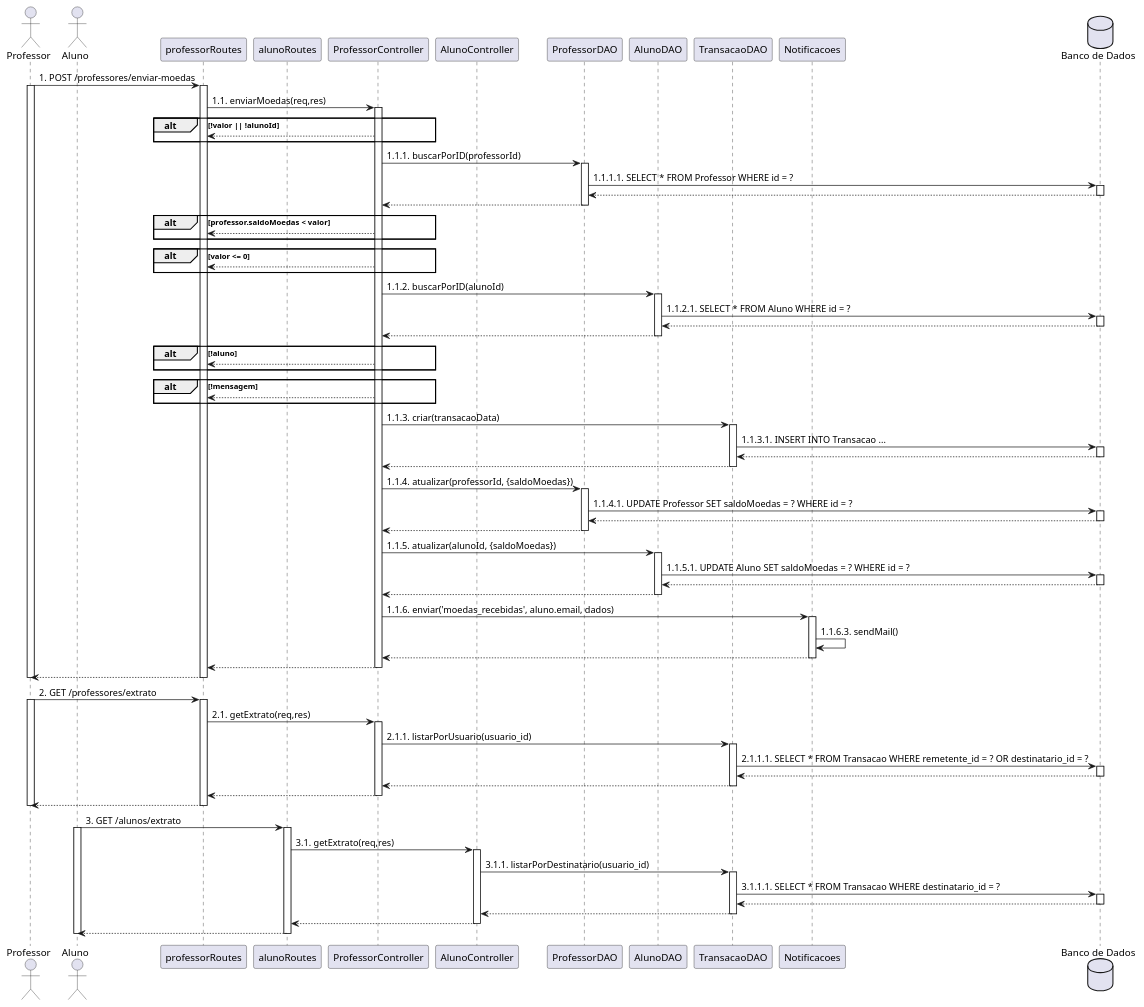
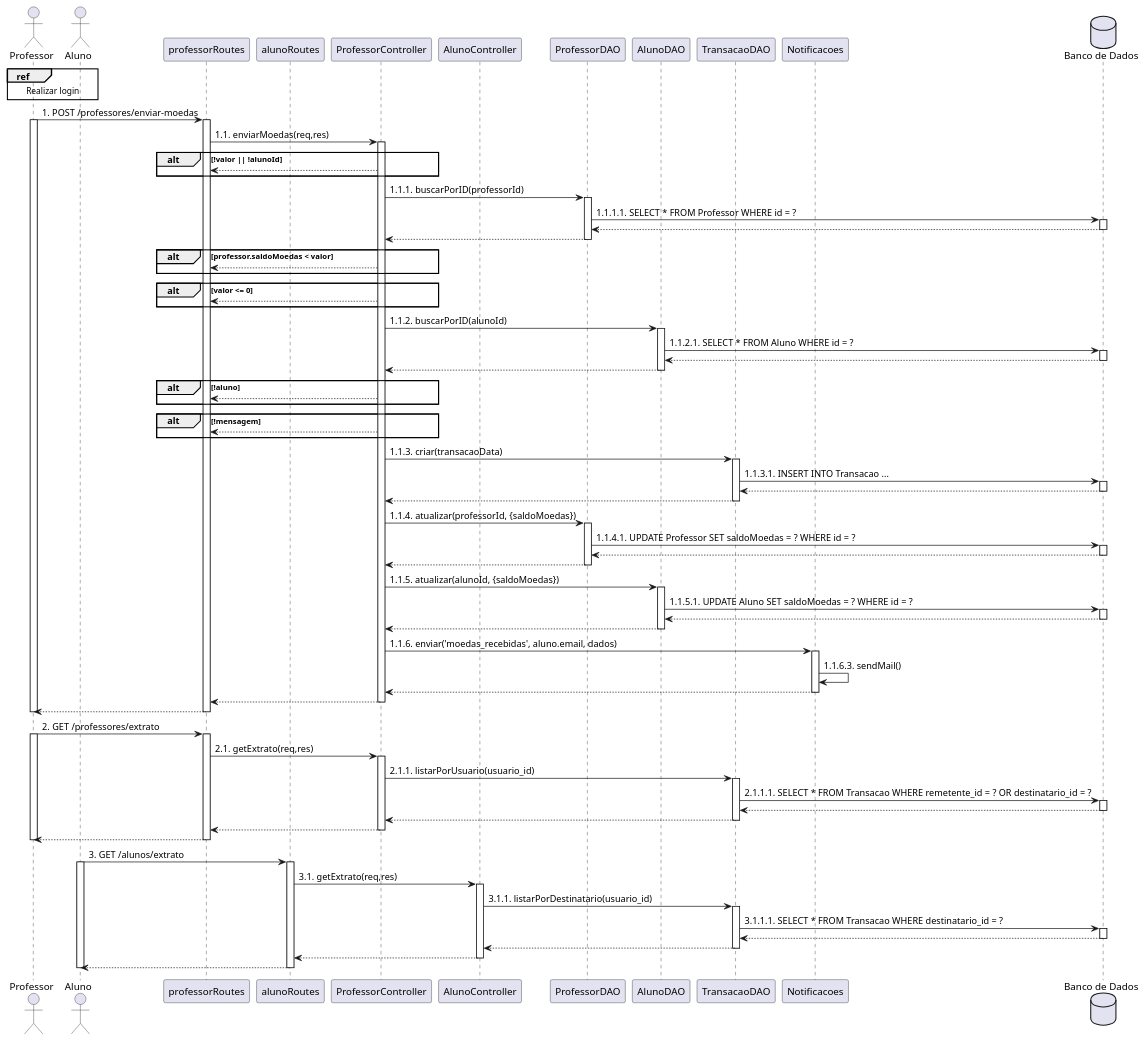
One commit to iannovais/lds-moeda changed the diagram in project/code/sequencediagramenvio_extrato.plantuml. Above: the diagram before and after it, drawn with PlantUML. The commit also changed 3 other files, not shown here.

```diff
--- a/project/code/sequencediagramenvio_extrato.plantuml
+++ b/project/code/sequencediagramenvio_extrato.plantuml
@@ -1,142 +1,144 @@
 @startuml
 
 actor "Professor" as professor
 actor "Aluno" as aluno
 participant "professorRoutes" as prof_rota
 participant "alunoRoutes" as aluno_rota
 participant "ProfessorController" as prof_controller
 participant "AlunoController" as aluno_controller
 participant "ProfessorDAO" as prof_dao
 participant "AlunoDAO" as aluno_dao
 participant "TransacaoDAO" as transacao_dao
 participant "Notificacoes" as notificacoes
 database "Banco de Dados" as bd
+
+ref over professor, aluno : Realizar login
 
 professor -> prof_rota : 1. POST /professores/enviar-moedas
 activate professor
 activate prof_rota
 
 prof_rota -> prof_controller : 1.1. enviarMoedas(req,res)
 activate prof_controller
 
 alt !valor || !alunoId
     prof_controller --> prof_rota
 end
 
 prof_controller -> prof_dao : 1.1.1. buscarPorID(professorId)
 activate prof_dao
     prof_dao -> bd : 1.1.1.1. SELECT * FROM Professor WHERE id = ?
     activate bd
     bd --> prof_dao
     deactivate bd
 prof_dao --> prof_controller
 deactivate prof_dao
 
 alt professor.saldoMoedas < valor
     prof_controller --> prof_rota
 end
 
 alt valor <= 0
     prof_controller --> prof_rota
 end
 
 prof_controller -> aluno_dao : 1.1.2. buscarPorID(alunoId)
 activate aluno_dao
     aluno_dao -> bd : 1.1.2.1. SELECT * FROM Aluno WHERE id = ?
     activate bd
     bd --> aluno_dao
     deactivate bd
 aluno_dao --> prof_controller
 deactivate aluno_dao
 
 alt !aluno
     prof_controller --> prof_rota
 end
 
 alt !mensagem
     prof_controller --> prof_rota
 end
 
 prof_controller -> transacao_dao : 1.1.3. criar(transacaoData)
 activate transacao_dao
     transacao_dao -> bd : 1.1.3.1. INSERT INTO Transacao ...
     activate bd
     bd --> transacao_dao
     deactivate bd
 transacao_dao --> prof_controller
 deactivate transacao_dao
 
 prof_controller -> prof_dao : 1.1.4. atualizar(professorId, {saldoMoedas})
 activate prof_dao
     prof_dao -> bd : 1.1.4.1. UPDATE Professor SET saldoMoedas = ? WHERE id = ?
     activate bd
     bd --> prof_dao
     deactivate bd
 prof_dao --> prof_controller
 deactivate prof_dao
 
 prof_controller -> aluno_dao : 1.1.5. atualizar(alunoId, {saldoMoedas})
 activate aluno_dao
     aluno_dao -> bd : 1.1.5.1. UPDATE Aluno SET saldoMoedas = ? WHERE id = ?
     activate bd
     bd --> aluno_dao
     deactivate bd
 aluno_dao --> prof_controller
 deactivate aluno_dao
 
 prof_controller -> notificacoes : 1.1.6. enviar('moedas_recebidas', aluno.email, dados)
 activate notificacoes
     notificacoes -> notificacoes : 1.1.6.3. sendMail()
 notificacoes --> prof_controller
 deactivate notificacoes
 
 prof_controller --> prof_rota
 deactivate prof_controller
 
 prof_rota --> professor
 deactivate prof_rota
 deactivate professor
 
 professor -> prof_rota : 2. GET /professores/extrato
 activate professor
 activate prof_rota
 
 prof_rota -> prof_controller : 2.1. getExtrato(req,res)
 activate prof_controller
     prof_controller -> transacao_dao : 2.1.1. listarPorUsuario(usuario_id)
     activate transacao_dao
         transacao_dao -> bd : 2.1.1.1. SELECT * FROM Transacao WHERE remetente_id = ? OR destinatario_id = ?
         activate bd
         bd --> transacao_dao
         deactivate bd
     transacao_dao --> prof_controller
     deactivate transacao_dao
 prof_controller --> prof_rota
 deactivate prof_controller
 
 prof_rota --> professor
 deactivate prof_rota
 deactivate professor
 
 aluno -> aluno_rota : 3. GET /alunos/extrato
 activate aluno
 activate aluno_rota
 
 aluno_rota -> aluno_controller : 3.1. getExtrato(req,res)
 activate aluno_controller
     aluno_controller -> transacao_dao : 3.1.1. listarPorDestinatario(usuario_id)
     activate transacao_dao
         transacao_dao -> bd : 3.1.1.1. SELECT * FROM Transacao WHERE destinatario_id = ?
         activate bd
         bd --> transacao_dao
         deactivate bd
     transacao_dao --> aluno_controller
     deactivate transacao_dao
 aluno_controller --> aluno_rota
 deactivate aluno_controller
 
 aluno_rota --> aluno
 deactivate aluno_rota
 deactivate aluno
 
 @enduml
```
